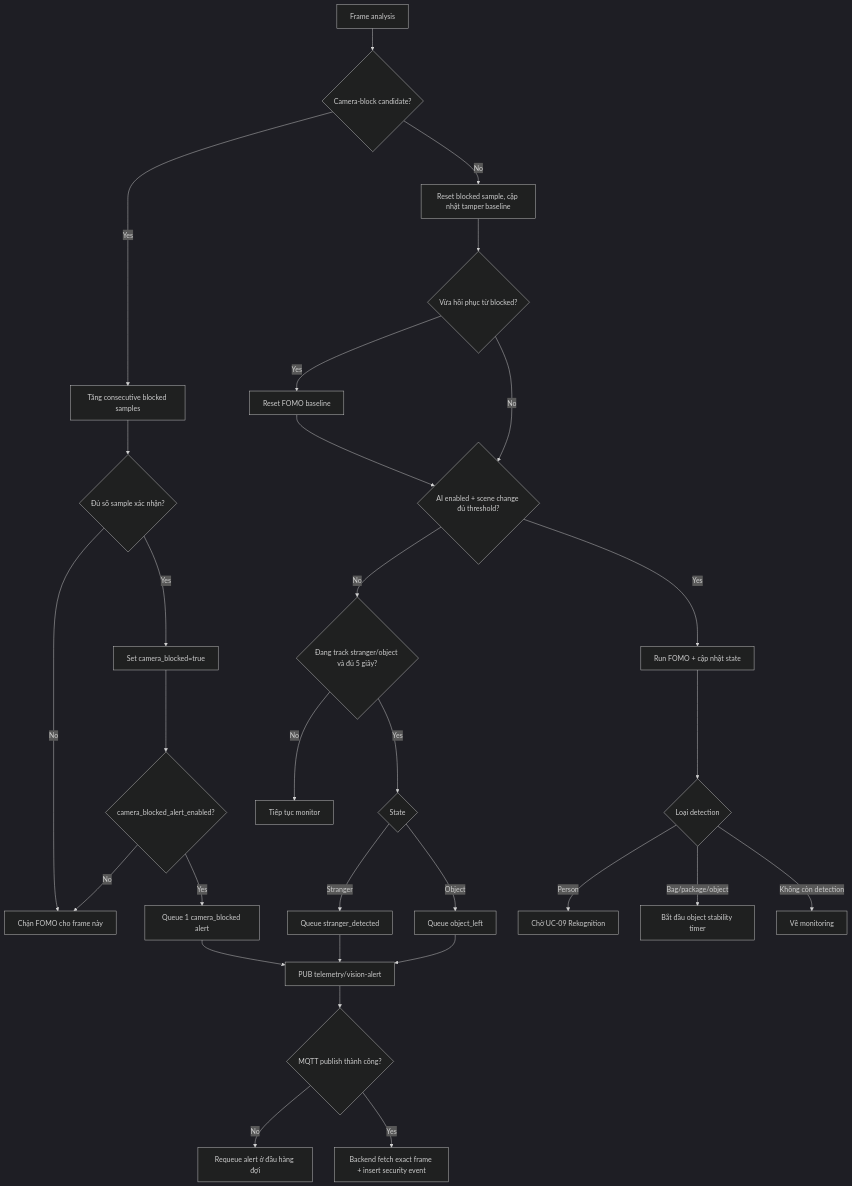
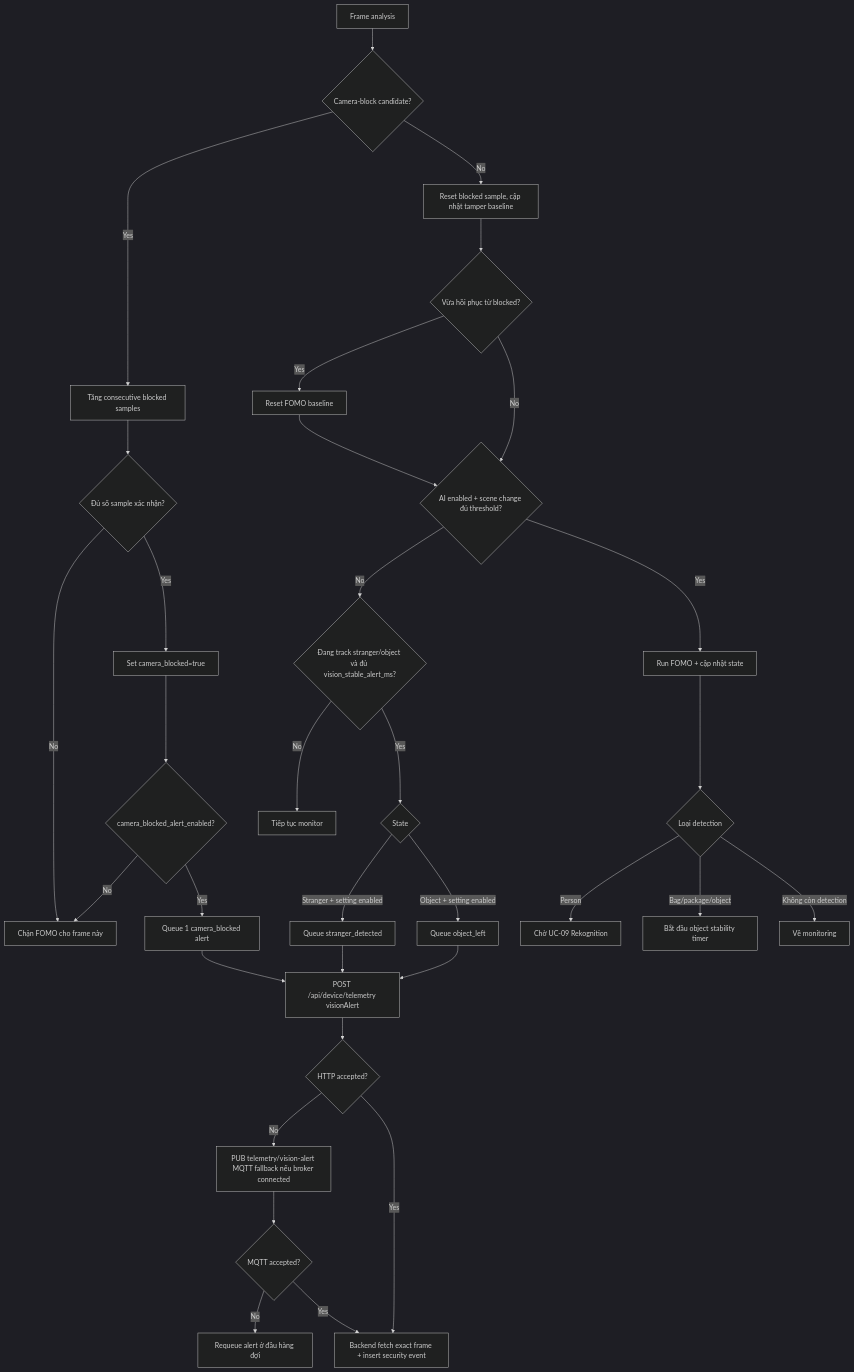
One commit to ntntran09/EdgeGuard changed diagram 11 of 17 in docs/EDGEGUARD_FLOWS.md. Above: the diagram before and after it, drawn with Mermaid (dark theme). The commit also changed other lines of this file, not shown here.

Commit message:
docs: update EdgeGuard HTTP flows

````diff
--- a/docs/EDGEGUARD_FLOWS.md
+++ b/docs/EDGEGUARD_FLOWS.md
@@ -458,36 +514,39 @@
 ```mermaid
 flowchart TD
     A[Frame analysis] --> B{Camera-block candidate?}
     B -- Yes --> C[Tăng consecutive blocked samples]
     C --> D{Đủ số sample xác nhận?}
     D -- No --> E[Chặn FOMO cho frame này]
     D -- Yes --> F[Set camera_blocked=true]
     F --> G{camera_blocked_alert_enabled?}
     G -- No --> E
     G -- Yes --> H[Queue 1 camera_blocked alert]
 
     B -- No --> I[Reset blocked sample, cập nhật tamper baseline]
     I --> J{Vừa hồi phục từ blocked?}
     J -- Yes --> K[Reset FOMO baseline]
     J -- No --> L{AI enabled + scene change đủ threshold?}
     K --> L
 
-    L -- No --> M{Đang track stranger/object và đủ 5 giây?}
+    L -- No --> M{Đang track stranger/object và đủ vision_stable_alert_ms?}
     L -- Yes --> N[Run FOMO + cập nhật state]
     N --> O{Loại detection}
     O -->|Person| P[Chờ UC-09 Rekognition]
     O -->|Bag/package/object| Q[Bắt đầu object stability timer]
     O -->|Không còn detection| R[Về monitoring]
 
     M -- No --> S[Tiếp tục monitor]
     M -- Yes --> T{State}
-    T -->|Stranger| U[Queue stranger_detected]
-    T -->|Object| V[Queue object_left]
+    T -->|Stranger + setting enabled| U[Queue stranger_detected]
+    T -->|Object + setting enabled| V[Queue object_left]
 
-    H --> W[PUB telemetry/vision-alert]
+    H --> W[POST /api/device/telemetry visionAlert]
     U --> W
     V --> W
-    W --> X{MQTT publish thành công?}
-    X -- No --> Y[Requeue alert ở đầu hàng đợi]
+    W --> X{HTTP accepted?}
+    X -- No --> Y[PUB telemetry/vision-alert MQTT fallback nếu broker connected]
+    Y --> Y2{MQTT accepted?}
+    Y2 -- No --> Y3[Requeue alert ở đầu hàng đợi]
+    Y2 -- Yes --> Z
     X -- Yes --> Z[Backend fetch exact frame + insert security event]
 ```
````
